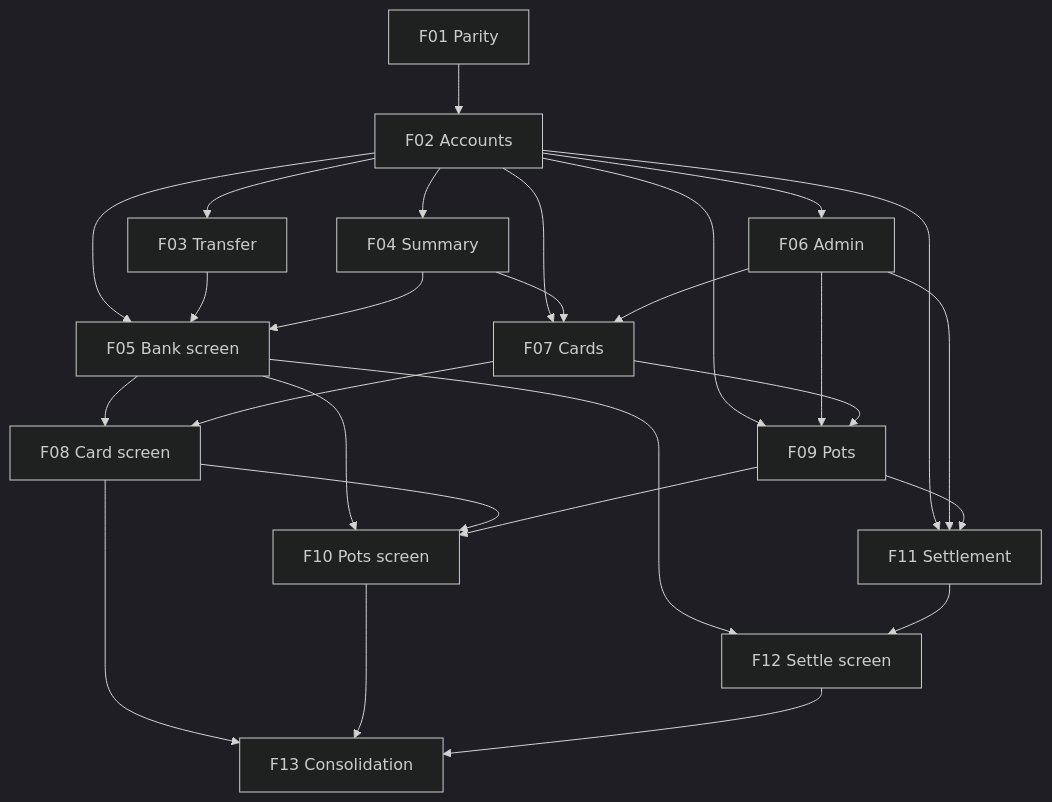
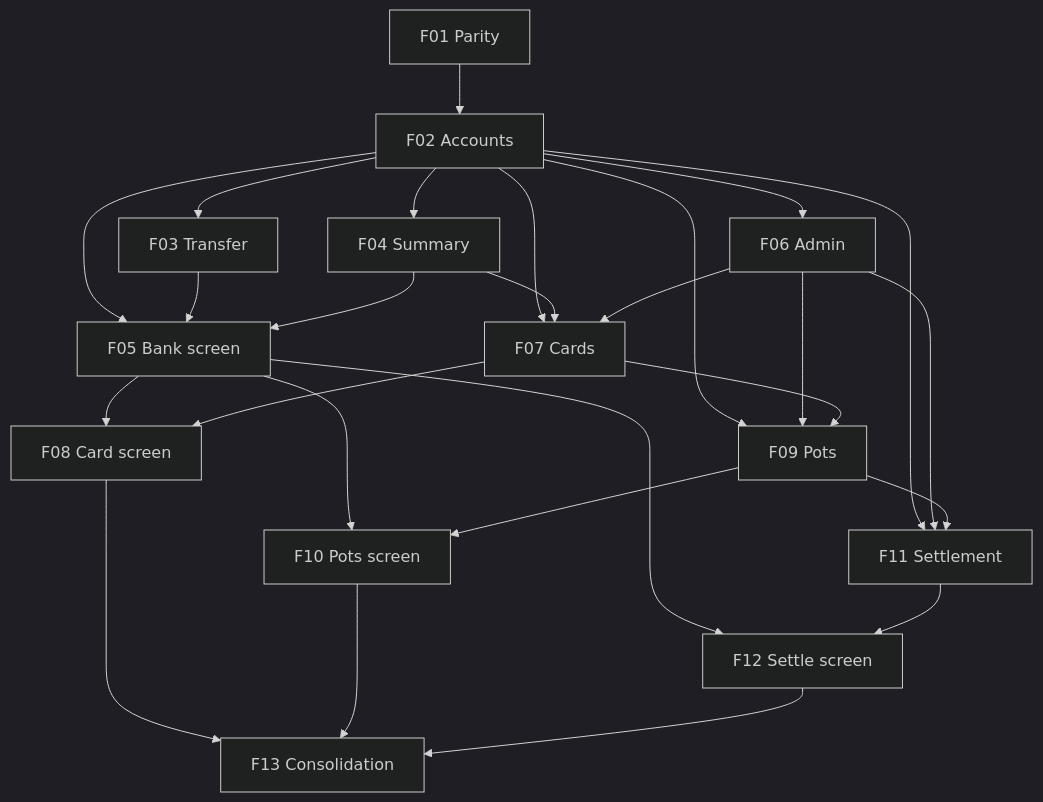
One commit to ggibellato/Financial changed the diagram in docs/prd/P60-prd-cashflow-accounts-generalization/prd-cashflow-accounts-generalization.md. Above: the diagram before and after it, drawn with Mermaid (dark theme). The commit also changed other lines of this file, not shown here.

````diff
--- a/docs/prd/P60-prd-cashflow-accounts-generalization/prd-cashflow-accounts-generalization.md
+++ b/docs/prd/P60-prd-cashflow-accounts-generalization/prd-cashflow-accounts-generalization.md
@@ -653,29 +656,28 @@
 ```mermaid
 graph TD
   F01[F01 Parity] --> F02[F02 Accounts]
   F02 --> F03[F03 Transfer]
   F02 --> F04[F04 Summary]
   F02 --> F06[F06 Admin]
   F02 --> F05[F05 Bank screen]
   F03 --> F05
   F04 --> F05
   F02 --> F07[F07 Cards]
   F04 --> F07
   F06 --> F07
   F05 --> F08[F08 Card screen]
   F07 --> F08
   F02 --> F09[F09 Pots]
   F06 --> F09
   F07 --> F09
   F05 --> F10[F10 Pots screen]
-  F08 --> F10
   F09 --> F10
   F02 --> F11[F11 Settlement]
   F06 --> F11
   F09 --> F11
   F05 --> F12[F12 Settle screen]
   F11 --> F12
   F08 --> F13[F13 Consolidation]
   F10 --> F13
   F12 --> F13
 ```
````
